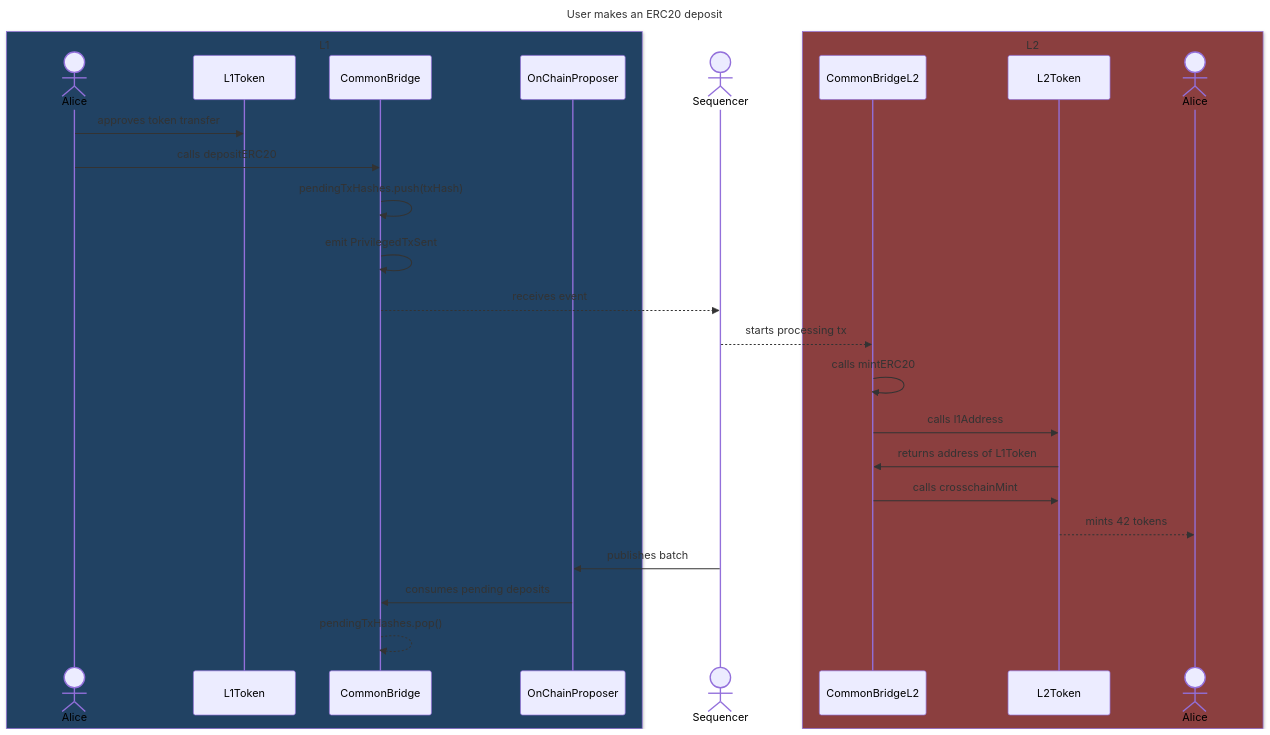
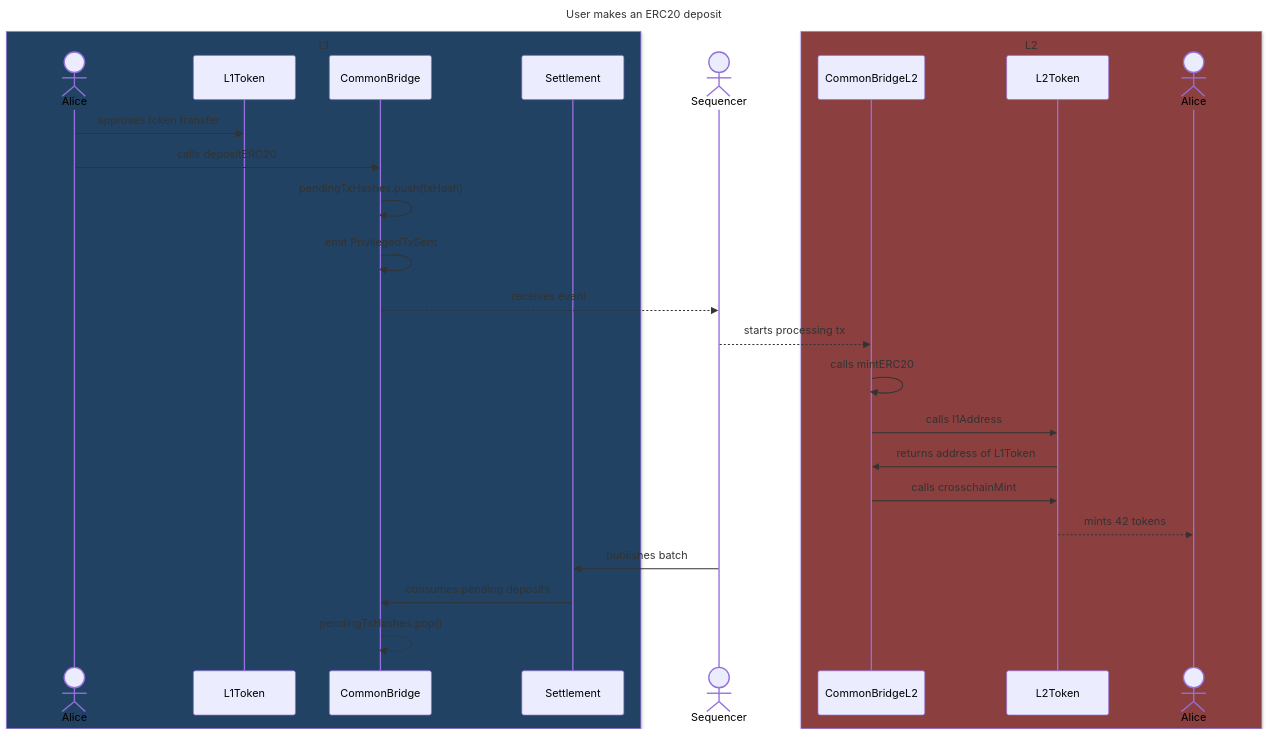
Before and after one commit to lambdaclass/ethrex: the second of 4 diagrams in docs/l2/fundamentals/deposits.md, drawn with Mermaid. The commit also changed other lines of this file and 52 other files, not shown here.

Commit message:
Rename OnChainProposer -> Settlement

````diff
--- a/docs/l2/fundamentals/deposits.md
+++ b/docs/l2/fundamentals/deposits.md
@@ -128,39 +128,39 @@
 ```mermaid
 ---
 title: User makes an ERC20 deposit
 ---
 sequenceDiagram
     box rgb(33,66,99) L1
         actor L1Alice as Alice
         participant L1Token
         participant CommonBridge
-        participant OnChainProposer
+        participant Settlement
     end
 
     actor Sequencer
 
     box rgb(139, 63, 63) L2
         participant CommonBridgeL2
         participant L2Token
         actor L2Alice as Alice
     end
 
     L1Alice->>L1Token: approves token transfer
     L1Alice->>CommonBridge: calls depositERC20
     CommonBridge->>CommonBridge: pendingTxHashes.push(txHash)
     CommonBridge->>CommonBridge: emit PrivilegedTxSent
 
     CommonBridge-->>Sequencer: receives event
     Sequencer-->>CommonBridgeL2: starts processing tx
     CommonBridgeL2->>CommonBridgeL2: calls mintERC20
 
     CommonBridgeL2->>L2Token: calls l1Address
     L2Token->>CommonBridgeL2: returns address of L1Token
 
     CommonBridgeL2->>L2Token: calls crosschainMint
     L2Token-->>L2Alice: mints 42 tokens
 
-    Sequencer->>OnChainProposer: publishes batch
-    OnChainProposer->>CommonBridge: consumes pending deposits
+    Sequencer->>Settlement: publishes batch
+    Settlement->>CommonBridge: consumes pending deposits
     CommonBridge-->>CommonBridge: pendingTxHashes.pop()
 ```
````
